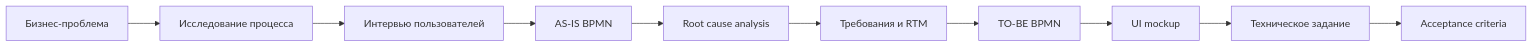
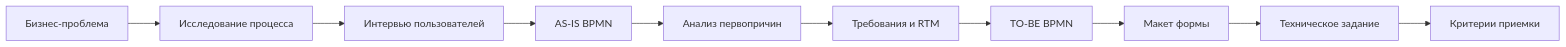
The first of 2 diagrams in README.md (druzhinskaia/1c-order-processing-automation), drawn with Mermaid before and after one commit. The commit also changed other lines of this file and 27 other files, not shown here.

````diff
--- a/README.md
+++ b/README.md
@@ -29,12 +29,12 @@
 ```mermaid
 flowchart LR
     A["Бизнес-проблема"] --> B["Исследование процесса"]
     B --> C["Интервью пользователей"]
     C --> D["AS-IS BPMN"]
-    D --> E["Root cause analysis"]
+    D --> E["Анализ первопричин"]
     E --> F["Требования и RTM"]
     F --> G["TO-BE BPMN"]
-    G --> H["UI mockup"]
+    G --> H["Макет формы"]
     H --> I["Техническое задание"]
-    I --> J["Acceptance criteria"]
+    I --> J["Критерии приемки"]
 ```
````
